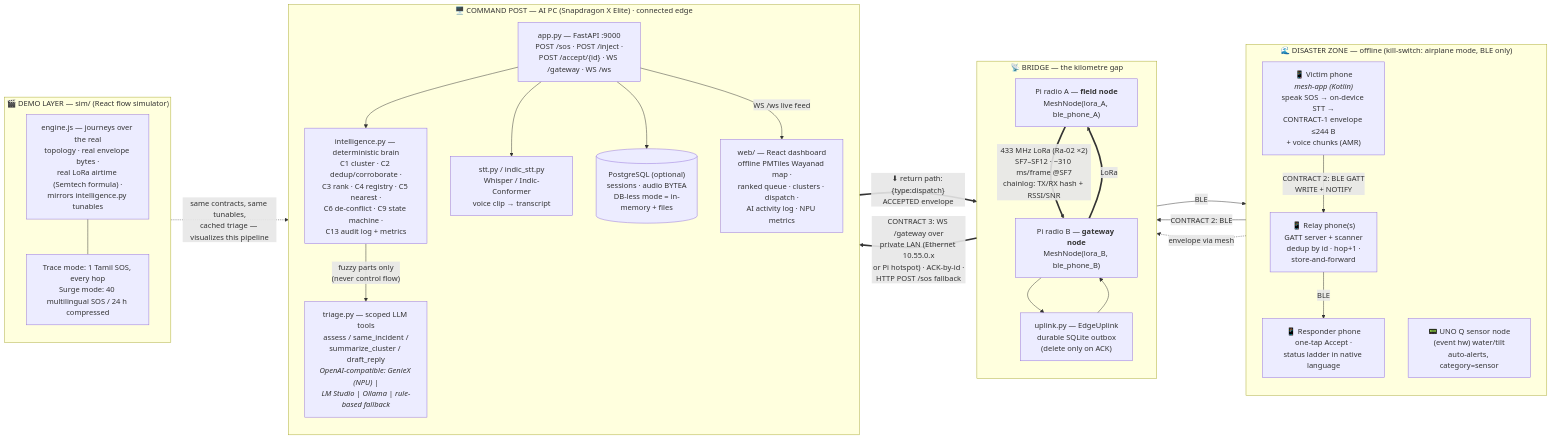
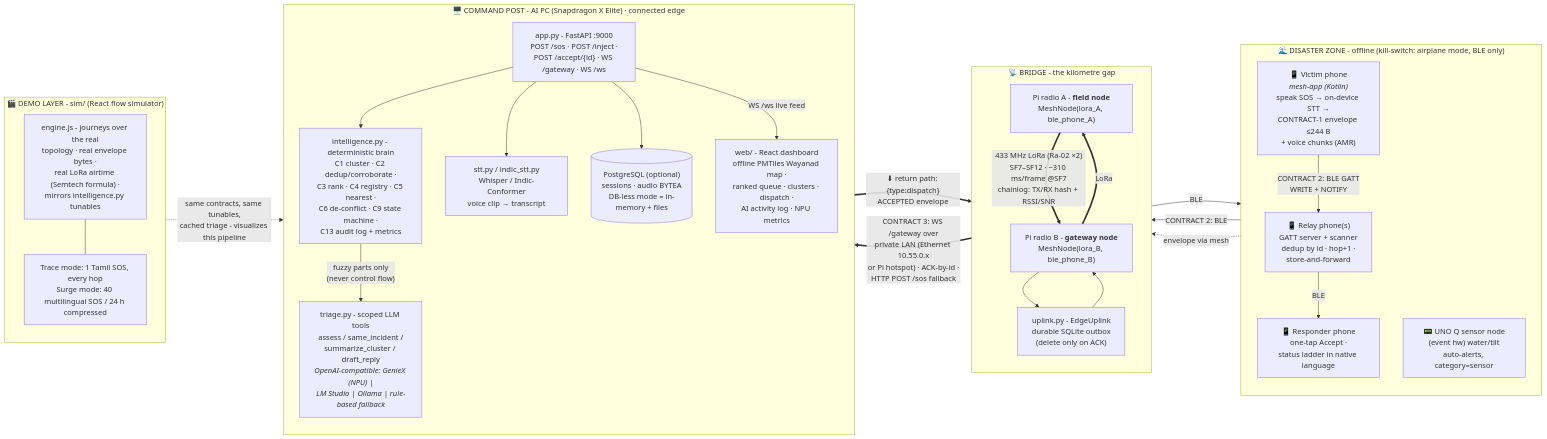
One commit to Kesav2k04/Sankat-Mochan changed the first of 6 diagrams in docs/ARCHITECTURE-DIAGRAM.md. Above: the diagram before and after it, drawn with Mermaid. The commit also changed other lines of this file and 111 other files, not shown here.

````diff
--- a/docs/ARCHITECTURE-DIAGRAM.md
+++ b/docs/ARCHITECTURE-DIAGRAM.md
@@ -25,54 +25,54 @@
 ```mermaid
 flowchart LR
-    subgraph DZ["🌊 DISASTER ZONE — offline (kill-switch: airplane mode, BLE only)"]
+    subgraph DZ["🌊 DISASTER ZONE - offline (kill-switch: airplane mode, BLE only)"]
         direction TB
         V["📱 Victim phone<br/><i>mesh-app (Kotlin)</i><br/>speak SOS → on-device STT →<br/>CONTRACT-1 envelope ≤244 B<br/>+ voice chunks (AMR)"]
         R1["📱 Relay phone(s)<br/>GATT server + scanner<br/>dedup by id · hop+1 ·<br/>store-and-forward"]
         RP["📱 Responder phone<br/>one-tap Accept ·<br/>status ladder in native language"]
         S["📟 UNO Q sensor node<br/>(event hw) water/tilt<br/>auto-alerts, category=sensor"]
         V -- "CONTRACT 2: BLE GATT<br/>WRITE + NOTIFY" --> R1
         R1 -- BLE --> RP
     end
 
-    subgraph BR["📡 BRIDGE — the kilometre gap"]
+    subgraph BR["📡 BRIDGE - the kilometre gap"]
         direction TB
-        FN["Pi radio A — <b>field node</b><br/>MeshNode(lora_A, ble_phone_A)"]
-        GN["Pi radio B — <b>gateway node</b><br/>MeshNode(lora_B, ble_phone_B)"]
-        UP["uplink.py — EdgeUplink<br/>durable SQLite outbox<br/>(delete only on ACK)"]
+        FN["Pi radio A - <b>field node</b><br/>MeshNode(lora_A, ble_phone_A)"]
+        GN["Pi radio B - <b>gateway node</b><br/>MeshNode(lora_B, ble_phone_B)"]
+        UP["uplink.py - EdgeUplink<br/>durable SQLite outbox<br/>(delete only on ACK)"]
         FN == "433 MHz LoRa (Ra-02 ×2)<br/>SF7–SF12 · ~310 ms/frame @SF7<br/>chainlog: TX/RX hash + RSSI/SNR" ==> GN
         GN --> UP
     end
 
-    subgraph CP["🖥️ COMMAND POST — AI PC (Snapdragon X Elite) · connected edge"]
+    subgraph CP["🖥️ COMMAND POST - AI PC (Snapdragon X Elite) · connected edge"]
         direction TB
-        API["app.py — FastAPI :9000<br/>POST /sos · POST /inject ·<br/>POST /accept/{id} · WS /gateway · WS /ws"]
-        INT["intelligence.py — deterministic brain<br/>C1 cluster · C2 dedup/corroborate ·<br/>C3 rank · C4 registry · C5 nearest ·<br/>C6 de-conflict · C9 state machine ·<br/>C13 audit log + metrics"]
-        LLM["triage.py — scoped LLM tools<br/>assess / same_incident /<br/>summarize_cluster / draft_reply<br/><i>OpenAI-compatible: GenieX (NPU) |<br/>LM Studio | Ollama | rule-based fallback</i>"]
+        API["app.py - FastAPI :9000<br/>POST /sos · POST /inject ·<br/>POST /accept/{id} · WS /gateway · WS /ws"]
+        INT["intelligence.py - deterministic brain<br/>C1 cluster · C2 dedup/corroborate ·<br/>C3 rank · C4 registry · C5 nearest ·<br/>C6 de-conflict · C9 state machine ·<br/>C13 audit log + metrics"]
+        LLM["triage.py - scoped LLM tools<br/>assess / same_incident /<br/>summarize_cluster / draft_reply<br/><i>OpenAI-compatible: GenieX (NPU) |<br/>LM Studio | Ollama | rule-based fallback</i>"]
         STT["stt.py / indic_stt.py<br/>Whisper / Indic-Conformer<br/>voice clip → transcript"]
         DB[("PostgreSQL (optional)<br/>sessions · audio BYTEA<br/>DB-less mode = in-memory + files")]
-        DASH["web/ — React dashboard<br/>offline PMTiles Wayanad map ·<br/>ranked queue · clusters · dispatch ·<br/>AI activity log · NPU metrics"]
+        DASH["web/ - React dashboard<br/>offline PMTiles Wayanad map ·<br/>ranked queue · clusters · dispatch ·<br/>AI activity log · NPU metrics"]
         API --> INT
         INT -- "fuzzy parts only<br/>(never control flow)" --> LLM
         API --> STT
         API --> DB
         API -- "WS /ws live feed" --> DASH
     end
 
-    subgraph SIM["🎬 DEMO LAYER — sim/ (React flow simulator)"]
+    subgraph SIM["🎬 DEMO LAYER - sim/ (React flow simulator)"]
         direction TB
-        SENG["engine.js — journeys over the real<br/>topology · real envelope bytes ·<br/>real LoRa airtime (Semtech formula) ·<br/>mirrors intelligence.py tunables"]
+        SENG["engine.js - journeys over the real<br/>topology · real envelope bytes ·<br/>real LoRa airtime (Semtech formula) ·<br/>mirrors intelligence.py tunables"]
         SMODE["Trace mode: 1 Tamil SOS, every hop<br/>Surge mode: 40 multilingual SOS / 24 h compressed"]
         SENG --- SMODE
     end
 
     R1 -- "CONTRACT 2: BLE" --> FN
     S -. "envelope via mesh" .-> FN
     UP == "CONTRACT 3: WS /gateway over<br/>private LAN (Ethernet 10.55.0.x<br/>or Pi hotspot) · ACK-by-id ·<br/>HTTP POST /sos fallback" ==> API
 
     API == "⬇ return path: {type:dispatch}<br/>ACCEPTED envelope" ==> UP
     UP --> GN
     GN == LoRa ==> FN
     FN -- BLE --> V
 
-    SIM -. "same contracts, same tunables,<br/>cached triage — visualizes this pipeline" .-> CP
+    SIM -. "same contracts, same tunables,<br/>cached triage - visualizes this pipeline" .-> CP
 ```
````
